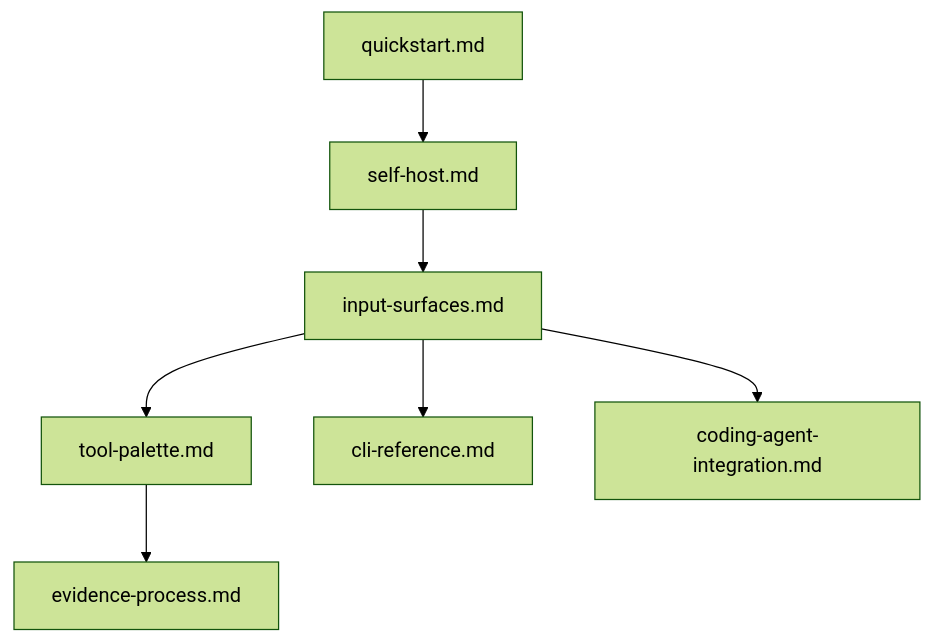
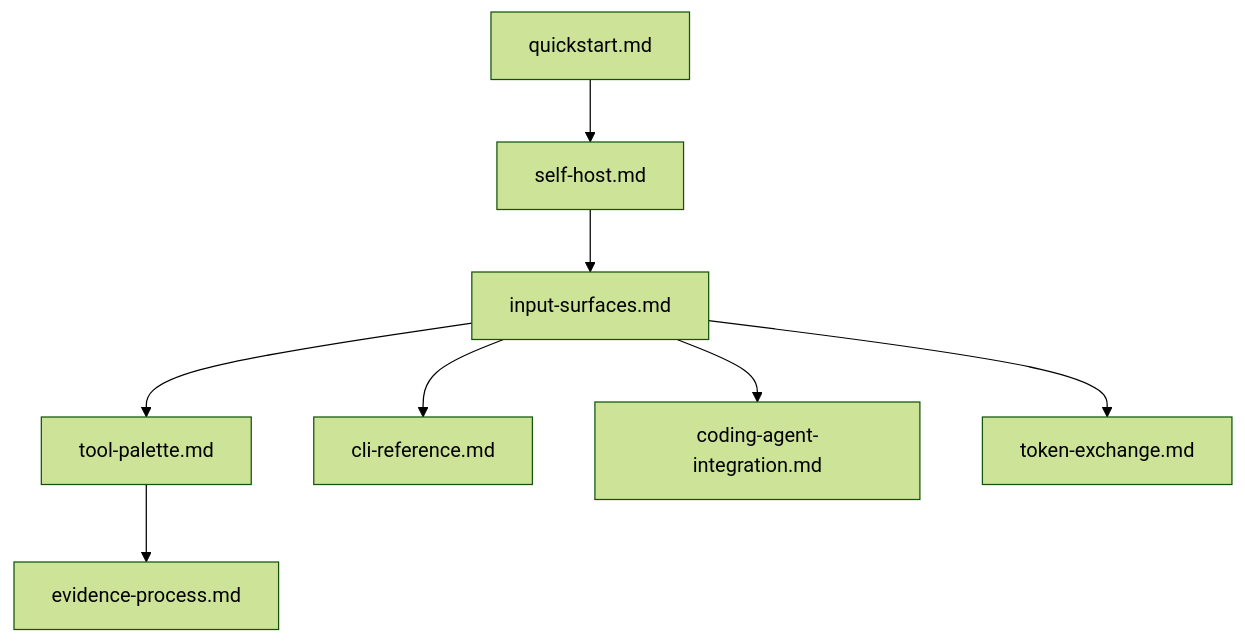
One commit to MikeBild/subkit changed the diagram in docs/developers/README.md. Above: the diagram before and after it, drawn with Mermaid (forest theme). The commit also changed other lines of this file and 44 other files, not shown here.

Commit message:
feat(auth): token exchange swaps an API key for a short-lived bearer

````diff
--- a/docs/developers/README.md
+++ b/docs/developers/README.md
@@ -5,9 +5,10 @@
 ```mermaid
 flowchart TD
     Q[quickstart.md] --> SH[self-host.md]
     SH --> IS[input-surfaces.md]
     IS --> TP[tool-palette.md]
     IS --> CLI[cli-reference.md]
     IS --> CA[coding-agent-integration.md]
+    IS --> TX[token-exchange.md]
     TP --> EP[evidence-process.md]
 ```
````
